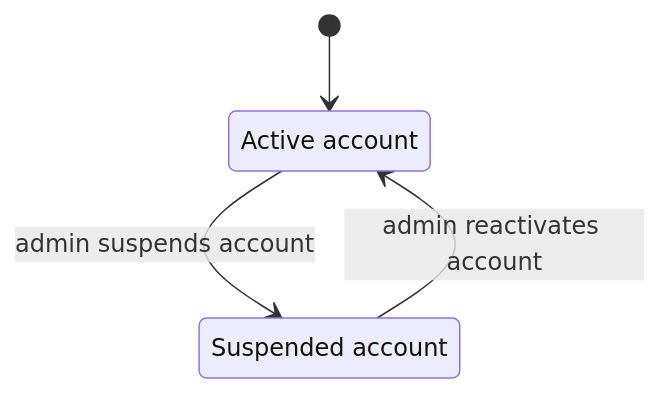
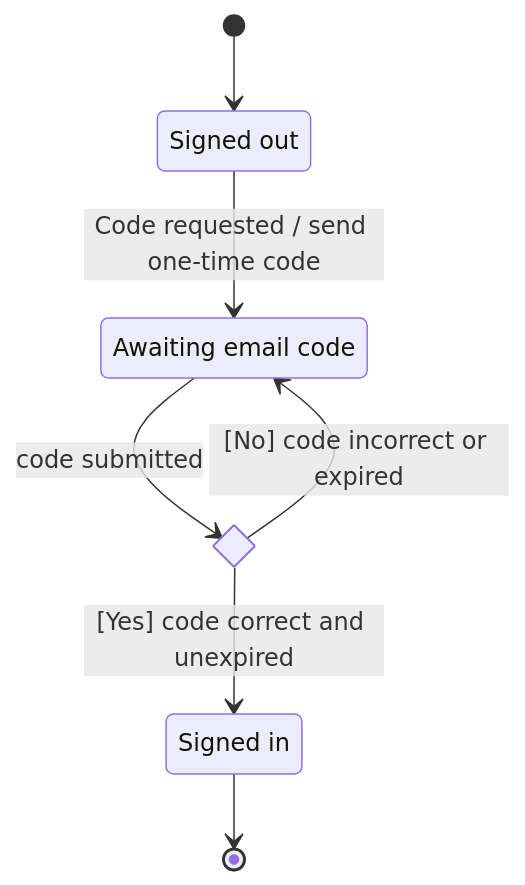
Before and after one commit to openai-scientist/docs: the first of 8 diagrams in diagrams/09-state-machine/State-Machine-Diagrams-Mermaid.md, drawn with Mermaid. The commit also changed other lines of this file and 130 other files, not shown here.

Commit message:
update diagram

````diff
--- a/diagrams/09-state-machine/State-Machine-Diagrams-Mermaid.md
+++ b/diagrams/09-state-machine/State-Machine-Diagrams-Mermaid.md
@@ -9,8 +9,13 @@
 ```mermaid
 stateDiagram-v2
-    state "Active account" as active
-    state "Suspended account" as suspended
-    [*] --> active
-    active --> suspended : admin suspends account
-    suspended --> active : admin reactivates account
+    state "Signed out" as signed_out
+    state "Awaiting email code" as awaiting
+    state valid <<choice>>
+    state "Signed in" as signed_in
+    [*] --> signed_out
+    signed_out --> awaiting : Code requested / send one-time code
+    awaiting --> valid : code submitted
+    valid --> awaiting : [No] code incorrect or expired
+    valid --> signed_in : [Yes] code correct and unexpired
+    signed_in --> [*]
 ```
````
